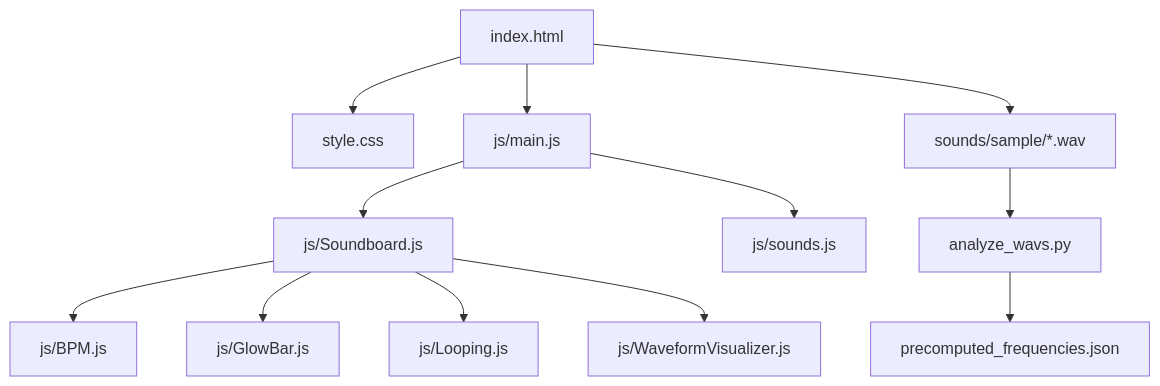
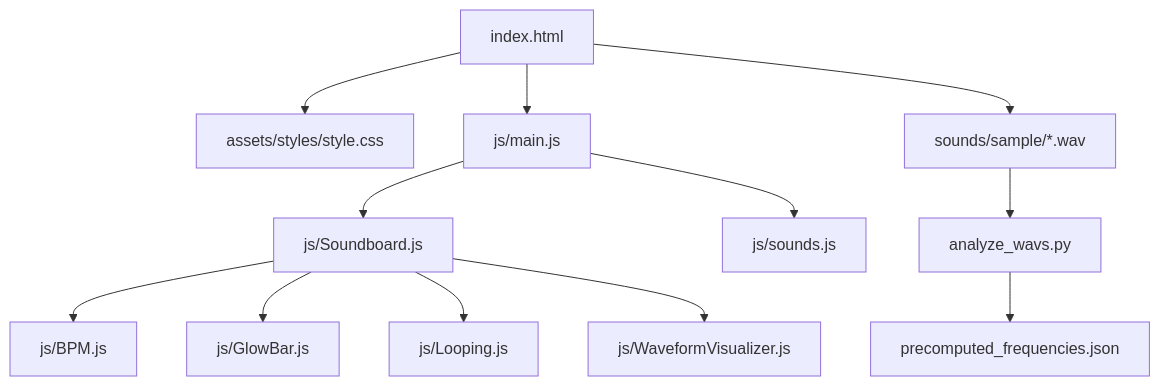
One commit to rajzzz/Soundboard changed the second of 3 diagrams in ARCHITECTURE.md. Above: the diagram before and after it, drawn with Mermaid. The commit also changed 8 other files, not shown here.

````diff
--- a/ARCHITECTURE.md
+++ b/ARCHITECTURE.md
@@ -59,14 +59,14 @@
 ```mermaid
 graph TD
-    A[index.html] --> B[style.css]
+    A[index.html] --> B[assets/styles/style.css]
     A --> C[js/main.js]
     C --> D[js/Soundboard.js]
     D --> E[js/BPM.js]
     D --> F[js/GlowBar.js]
     D --> G[js/Looping.js]
     D --> H[js/WaveformVisualizer.js]
     C --> I[js/sounds.js]
     A --> J[sounds/sample/*.wav]
     J --> K[analyze_wavs.py]
     K --> L[precomputed_frequencies.json]
 ```
````
